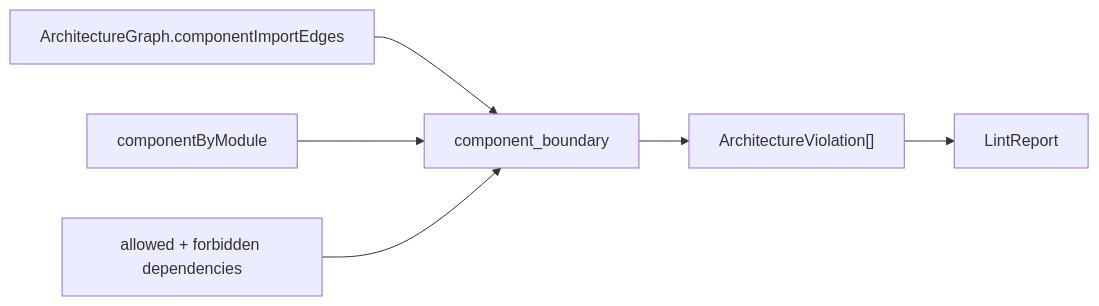
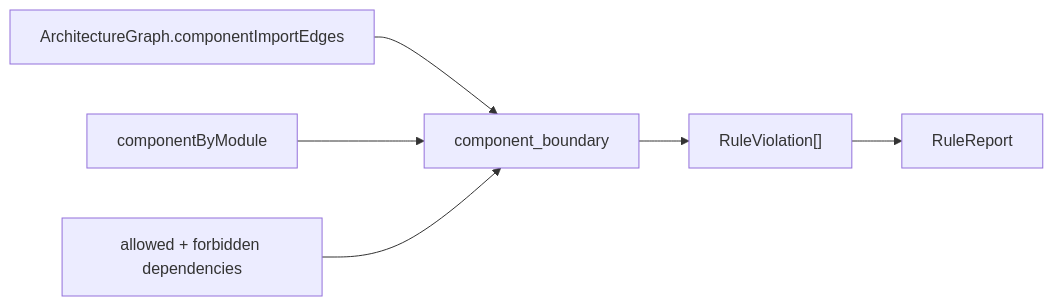
The third of 9 diagrams in docs/ARCHITECTURE_SNAPSHOT.md (RoyalPineapple/BumperBowling), drawn with Mermaid before and after one commit. The commit also changed other lines of this file and 54 other files, not shown here.

First line of the commit message:
Open shaper architecture: BumperProject, one engine, one runner (0.5.0) (#39)

````diff
--- a/docs/ARCHITECTURE_SNAPSHOT.md
+++ b/docs/ARCHITECTURE_SNAPSHOT.md
@@ -47,8 +47,8 @@
 ```mermaid
 flowchart LR
     Imports["ArchitectureGraph.componentImportEdges"] --> ComponentBoundary["component_boundary"]
     Modules["componentByModule"] --> ComponentBoundary
     Dependencies["allowed + forbidden dependencies"] --> ComponentBoundary
-    ComponentBoundary --> Findings["ArchitectureViolation[]"]
-    Findings --> Report["LintReport"]
+    ComponentBoundary --> Findings["RuleViolation[]"]
+    Findings --> Report["RuleReport"]
 ```
````
